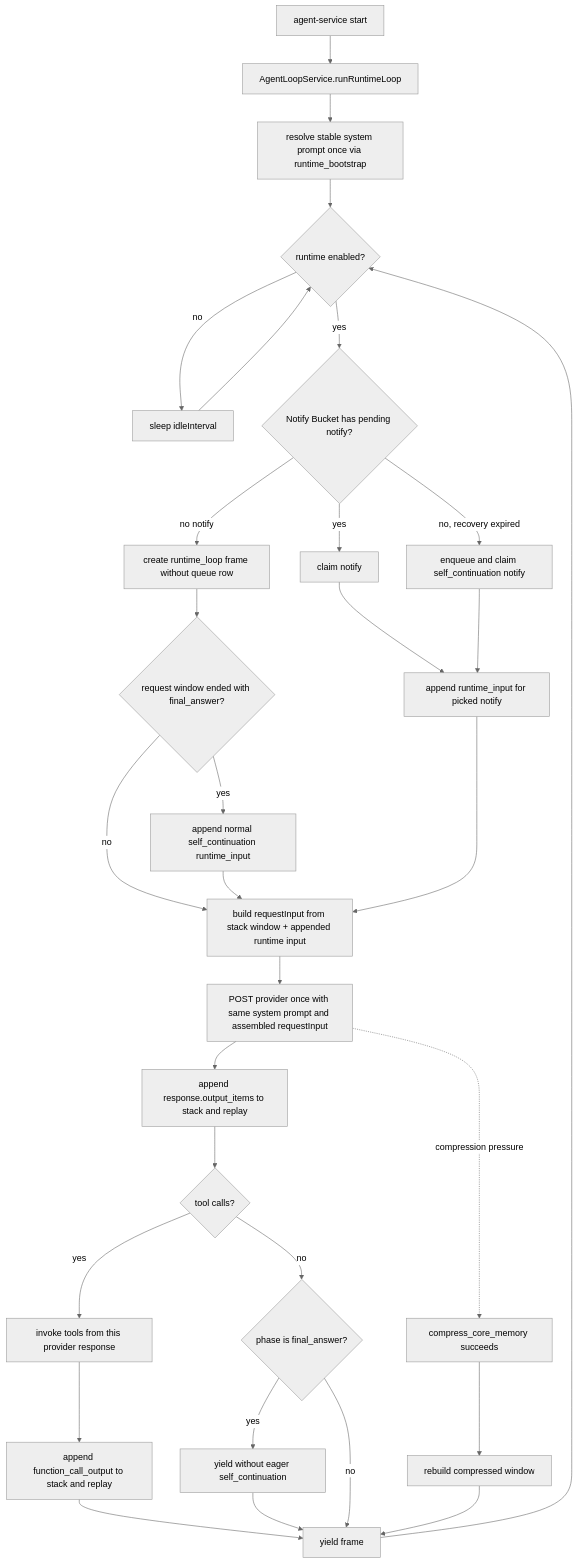
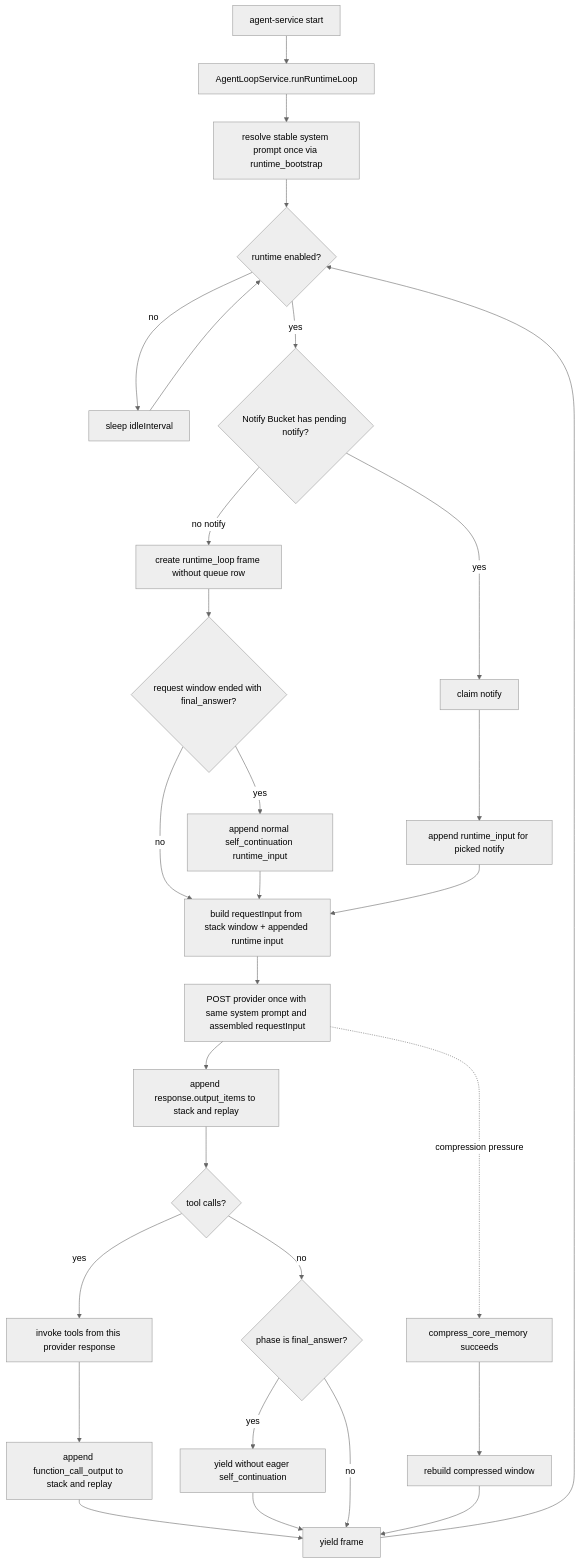
Before and after one commit to Hei-AI/xiaoni_cc: the diagram in docs/XIAONI_AGENT_STACK_LEDGER.md, drawn with Mermaid (neutral theme). The commit also changed other lines of this file and 13 other files, not shown here.

````diff
--- a/docs/XIAONI_AGENT_STACK_LEDGER.md
+++ b/docs/XIAONI_AGENT_STACK_LEDGER.md
@@ -36,33 +36,31 @@
 ```mermaid
 flowchart TD
   A[agent-service start] --> B[AgentLoopService.runRuntimeLoop]
   B --> C[resolve stable system prompt once via runtime_bootstrap]
   C --> D{runtime enabled?}
   D -- no --> E[sleep idleInterval]
   E --> D
   D -- yes --> F{Notify Bucket has pending notify?}
   F -- yes --> G[claim notify]
-  F -- no, recovery expired --> H[enqueue and claim self_continuation notify]
   F -- no notify --> I[create runtime_loop frame without queue row]
   G --> J[append runtime_input for picked notify]
-  H --> J
   I --> Q{request window ended with final_answer?}
   Q -- yes --> W[append normal self_continuation runtime_input]
   Q -- no --> K
   W --> K
   J --> K[build requestInput from stack window + appended runtime input]
   K --> L[POST provider once with same system prompt and assembled requestInput]
   L --> M[append response.output_items to stack and replay]
   M --> N{tool calls?}
   N -- yes --> O[invoke tools from this provider response]
   O --> P[append function_call_output to stack and replay]
   P --> V[yield frame]
   N -- no --> R{phase is final_answer?}
   R -- yes --> S[yield without eager self_continuation]
   S --> V
   R -- no --> V
   V --> D
   L -. compression pressure .-> T[compress_core_memory succeeds]
   T --> U[rebuild compressed window]
   U --> V
 ```
````
